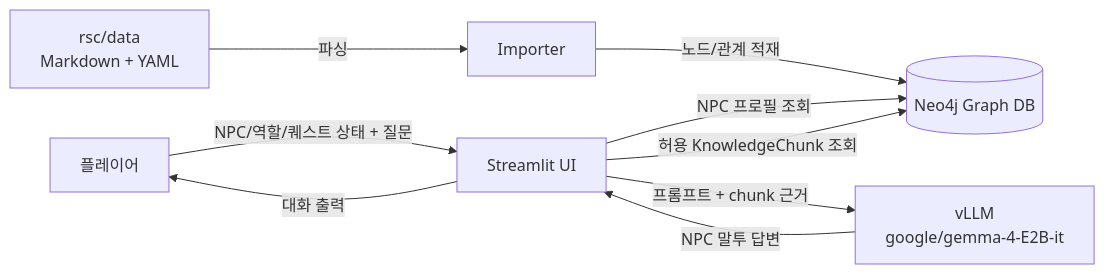
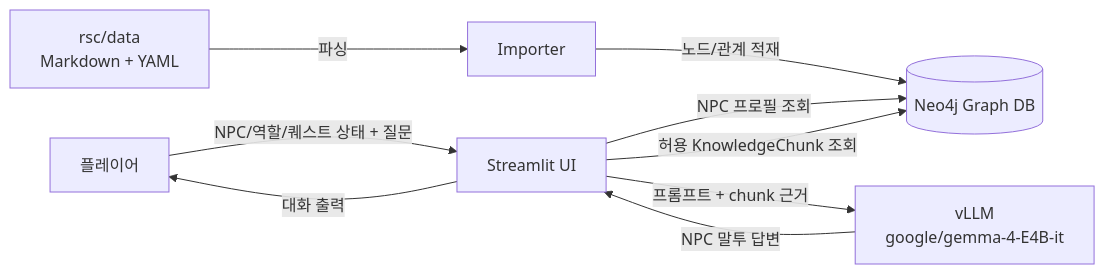
One commit to HRDI0/npc_persona changed the first of 6 diagrams in docs/presentation_visualization.md. Above: the diagram before and after it, drawn with Mermaid. The commit also changed other lines of this file and 14 other files, not shown here.

````diff
--- a/docs/presentation_visualization.md
+++ b/docs/presentation_visualization.md
@@ -9,18 +9,18 @@
 ```mermaid
 flowchart LR
     Player[플레이어]
     UI[Streamlit UI]
     Graph[(Neo4j Graph DB)]
-    Model[vLLM\ngoogle/gemma-4-E2B-it]
+    Model[vLLM\ngoogle/gemma-4-E4B-it]
     Source[rsc/data\nMarkdown + YAML]
     Importer[Importer]
 
     Source -->|파싱| Importer
     Importer -->|노드/관계 적재| Graph
     Player -->|NPC/역할/퀘스트 상태 + 질문| UI
     UI -->|NPC 프로필 조회| Graph
     UI -->|허용 KnowledgeChunk 조회| Graph
     UI -->|프롬프트 + chunk 근거| Model
     Model -->|NPC 말투 답변| UI
     UI -->|대화 출력| Player
 ```
````
